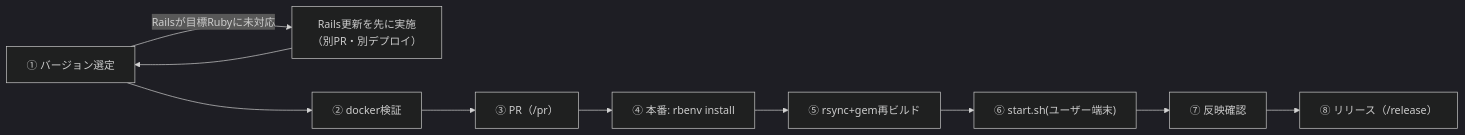
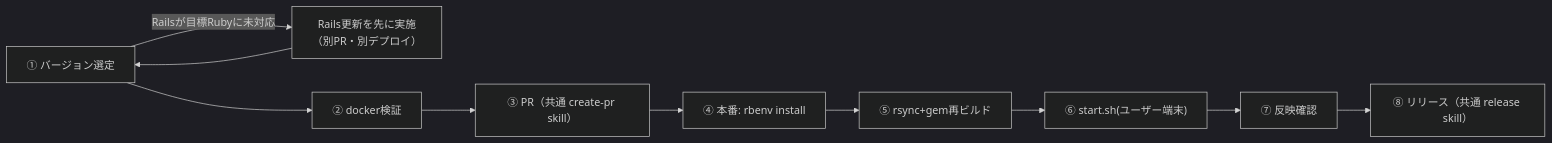
One commit to shin4488/financial-statement changed the diagram in .claude/skills/ruby-upgrade/SKILL.md. Above: the diagram before and after it, drawn with Mermaid (dark theme). The commit also changed other lines of this file and 10 other files, not shown here.

````diff
--- a/.claude/skills/ruby-upgrade/SKILL.md
+++ b/.claude/skills/ruby-upgrade/SKILL.md
@@ -10,12 +10,12 @@
 ```mermaid
 flowchart LR
     A["① バージョン選定"] -->|"Railsが目標Rubyに未対応"| R["Rails更新を先に実施<br>（別PR・別デプロイ）"]
     R --> A
     A --> B["② docker検証"]
-    B --> C["③ PR（/pr）"]
+    B --> C["③ PR（共通 create-pr skill）"]
     C --> D["④ 本番: rbenv install"]
     D --> E["⑤ rsync+gem再ビルド"]
     E --> F["⑥ start.sh(ユーザー端末)"]
     F --> G["⑦ 反映確認"]
-    G --> H["⑧ リリース（/release）"]
+    G --> H["⑧ リリース（共通 release skill）"]
 ```
````
